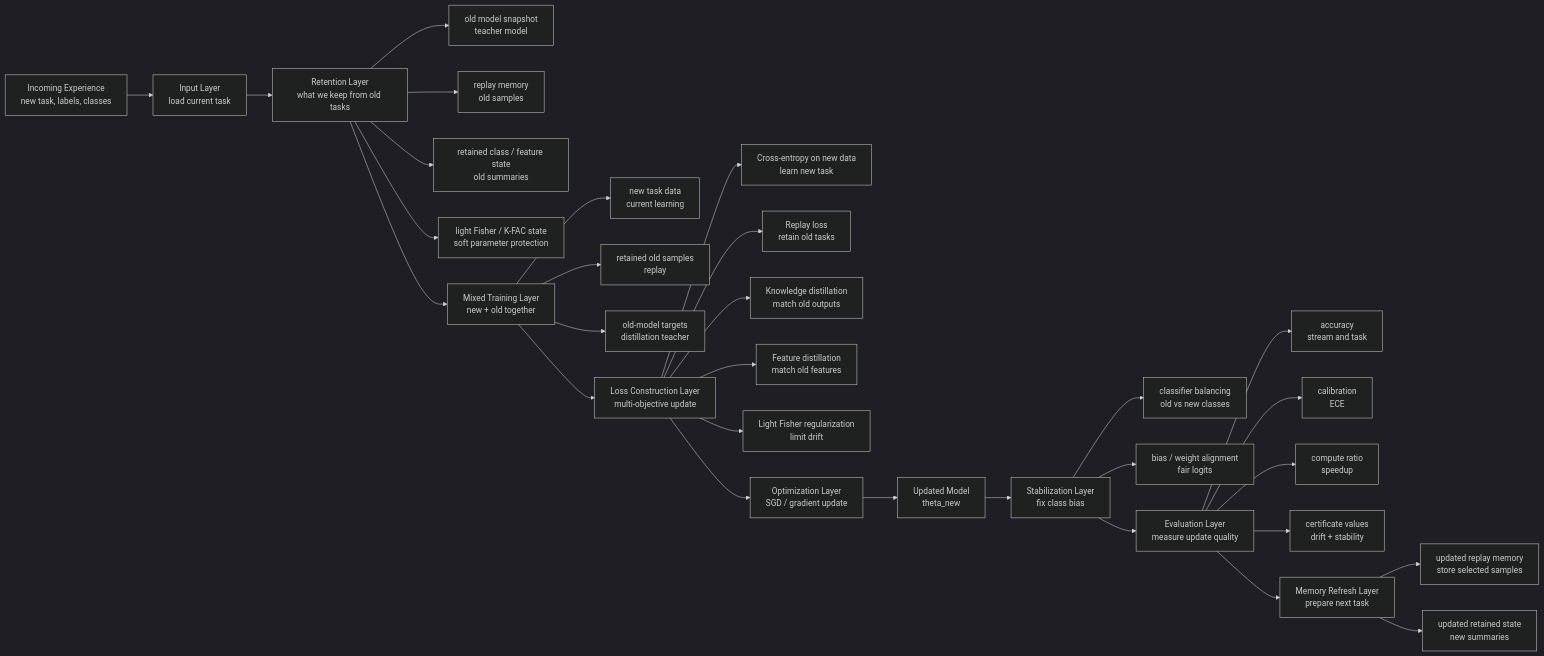
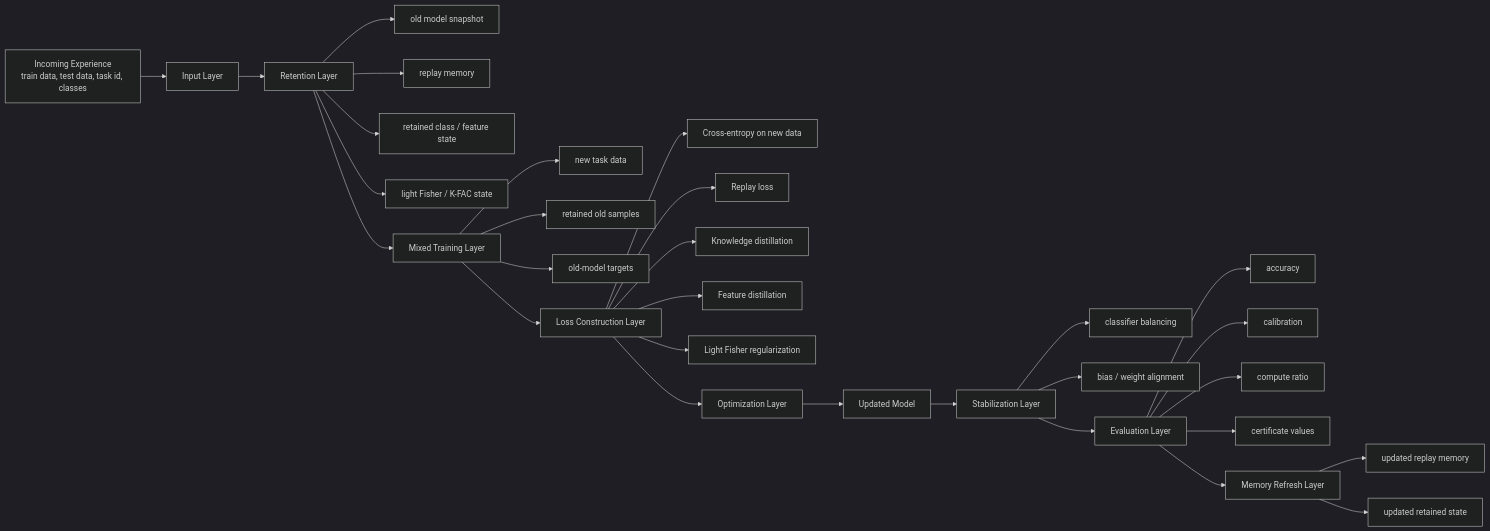
The second of 2 diagrams in docs/FULL_ARCHITECTURE.md (anikeaty08/MELD), drawn with Mermaid (dark theme) before and after one commit. The commit also changed other lines of this file, not shown here.

````diff
--- a/docs/FULL_ARCHITECTURE.md
+++ b/docs/FULL_ARCHITECTURE.md
@@ -338,38 +169,38 @@
 ```mermaid
 flowchart LR
-    A["Incoming Experience<br/>new task, labels, classes"] --> B["Input Layer<br/>load current task"]
-    B --> C["Retention Layer<br/>what we keep from old tasks"]
-    C --> C1["old model snapshot<br/>teacher model"]
-    C --> C2["replay memory<br/>old samples"]
-    C --> C3["retained class / feature state<br/>old summaries"]
-    C --> C4["light Fisher / K-FAC state<br/>soft parameter protection"]
+    A["Incoming Experience<br/>train data, test data, task id, classes"] --> B["Input Layer"]
+    B --> C["Retention Layer"]
+    C --> C1["old model snapshot"]
+    C --> C2["replay memory"]
+    C --> C3["retained class / feature state"]
+    C --> C4["light Fisher / K-FAC state"]
 
-    C --> D["Mixed Training Layer<br/>new + old together"]
-    D --> D1["new task data<br/>current learning"]
-    D --> D2["retained old samples<br/>replay"]
-    D --> D3["old-model targets<br/>distillation teacher"]
+    C --> D["Mixed Training Layer"]
+    D --> D1["new task data"]
+    D --> D2["retained old samples"]
+    D --> D3["old-model targets"]
 
-    D --> E["Loss Construction Layer<br/>multi-objective update"]
-    E --> E1["Cross-entropy on new data<br/>learn new task"]
-    E --> E2["Replay loss<br/>retain old tasks"]
-    E --> E3["Knowledge distillation<br/>match old outputs"]
-    E --> E4["Feature distillation<br/>match old features"]
-    E --> E5["Light Fisher regularization<br/>limit drift"]
+    D --> E["Loss Construction Layer"]
+    E --> E1["Cross-entropy on new data"]
+    E --> E2["Replay loss"]
+    E --> E3["Knowledge distillation"]
+    E --> E4["Feature distillation"]
+    E --> E5["Light Fisher regularization"]
 
-    E --> F["Optimization Layer<br/>SGD / gradient update"]
-    F --> G["Updated Model<br/>theta_new"]
+    E --> F["Optimization Layer"]
+    F --> G["Updated Model"]
 
-    G --> H["Stabilization Layer<br/>fix class bias"]
-    H --> H1["classifier balancing<br/>old vs new classes"]
-    H --> H2["bias / weight alignment<br/>fair logits"]
+    G --> H["Stabilization Layer"]
+    H --> H1["classifier balancing"]
+    H --> H2["bias / weight alignment"]
 
-    H --> I["Evaluation Layer<br/>measure update quality"]
-    I --> I1["accuracy<br/>stream and task"]
-    I --> I2["calibration<br/>ECE"]
-    I --> I3["compute ratio<br/>speedup"]
-    I --> I4["certificate values<br/>drift + stability"]
+    H --> I["Evaluation Layer"]
+    I --> I1["accuracy"]
+    I --> I2["calibration"]
+    I --> I3["compute ratio"]
+    I --> I4["certificate values"]
 
-    I --> J["Memory Refresh Layer<br/>prepare next task"]
-    J --> J1["updated replay memory<br/>store selected samples"]
-    J --> J2["updated retained state<br/>new summaries"]
+    I --> J["Memory Refresh Layer"]
+    J --> J1["updated replay memory"]
+    J --> J2["updated retained state"]
 ```
````
